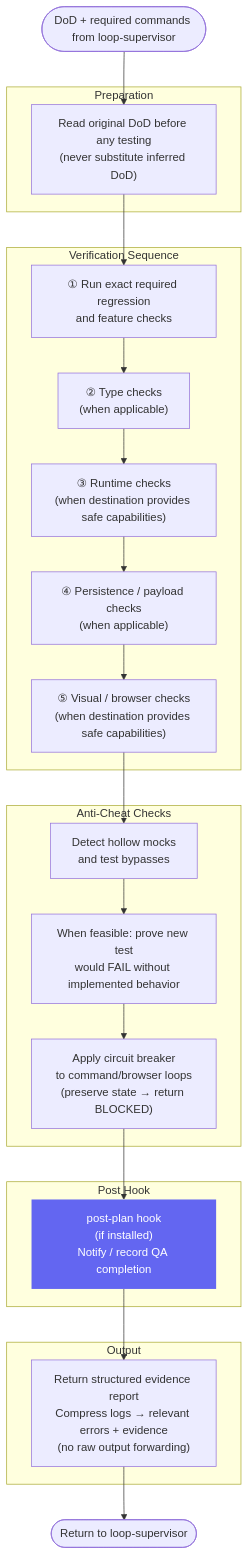
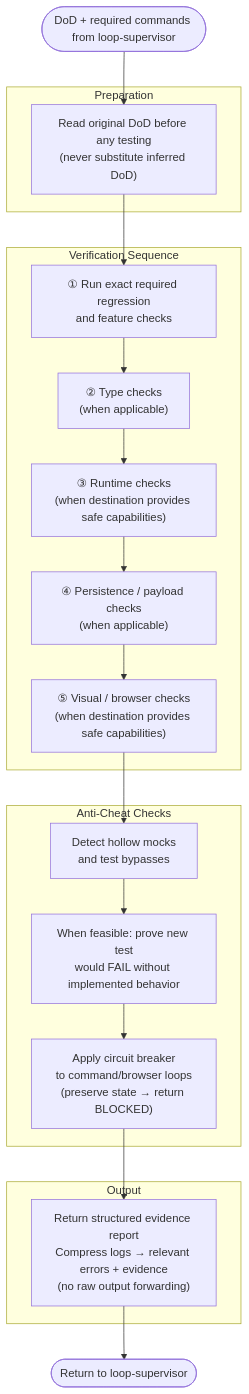
One commit to ericmaster/agent-fabric changed the diagram in docs/architecture/qa-runner.md. Above: the diagram before and after it, drawn with Mermaid. The commit also changed other lines of this file and 6 other files, not shown here.

Commit message:
docs: sync architecture diagrams and hook tables with agent frontmatter

````diff
--- a/docs/architecture/qa-runner.md
+++ b/docs/architecture/qa-runner.md
@@ -11,42 +11,34 @@
 ```mermaid
 flowchart TD
     START([DoD + required commands from loop-supervisor]) --> READDOD
 
     subgraph "Preparation"
         READDOD["Read original DoD before any testing\n(never substitute inferred DoD)"]
     end
 
     READDOD --> REGRESSION
 
     subgraph "Verification Sequence"
         REGRESSION["① Run exact required regression\nand feature checks"]
         TYPE["② Type checks\n(when applicable)"]
         RUNTIME["③ Runtime checks\n(when destination provides safe capabilities)"]
         PERSIST["④ Persistence / payload checks\n(when applicable)"]
         VISUAL["⑤ Visual / browser checks\n(when destination provides safe capabilities)"]
     end
 
     REGRESSION --> TYPE --> RUNTIME --> PERSIST --> VISUAL --> ANTICHECK
 
     subgraph "Anti-Cheat Checks"
         ANTICHECK["Detect hollow mocks\nand test bypasses"]
         MUTATION["When feasible: prove new test\nwould FAIL without implemented behavior"]
         CIRCUIT["Apply circuit breaker\nto command/browser loops\n(preserve state → return BLOCKED)"]
     end
 
-    ANTICHECK --> MUTATION --> CIRCUIT --> PP
-
-    subgraph "Post Hook"
-        PP["post-plan hook\n(if installed)\nNotify / record QA completion"]
-    end
-
-    PP --> REPORT
+    ANTICHECK --> MUTATION --> CIRCUIT --> REPORT
 
     subgraph "Output"
         REPORT["Return structured evidence report\nCompress logs → relevant errors + evidence\n(no raw output forwarding)"]
     end
 
     REPORT --> DONE([Return to loop-supervisor])
-
-    style PP fill:#6366f1,color:#fff,stroke:none
 ```
````
